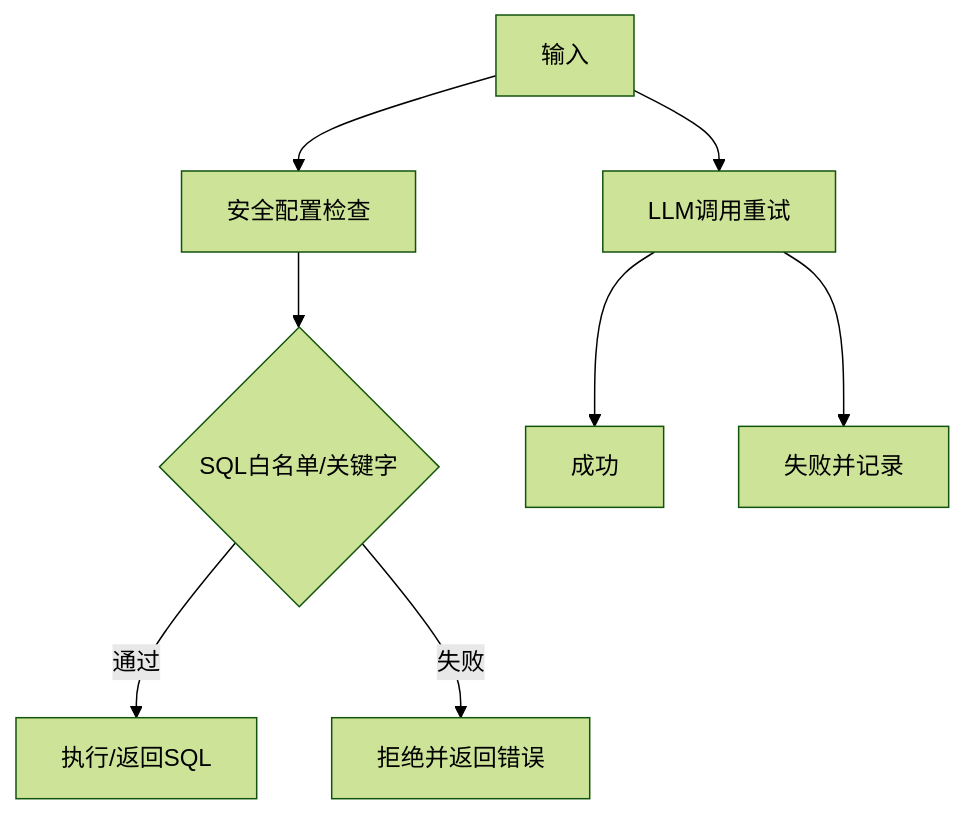
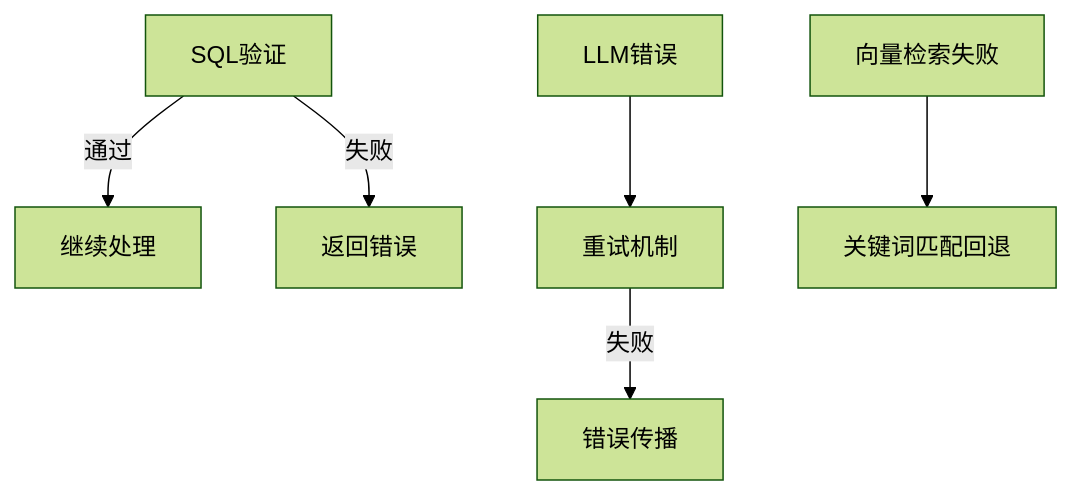
One commit to HanHuiOnLine/724-office changed the seventh of 8 diagrams in NL2SQL/.qoder/repowiki/zh/content/系统架构/数据流设计.md. Above: the diagram before and after it, drawn with Mermaid (forest theme). The commit also changed other lines of this file and 170 other files, not shown here.

````diff
--- a/NL2SQL/.qoder/repowiki/zh/content/系统架构/数据流设计.md
+++ b/NL2SQL/.qoder/repowiki/zh/content/系统架构/数据流设计.md
@@ -271,10 +306,8 @@
 ```mermaid
 flowchart TD
-Input["输入"] --> Validate["安全配置检查"]
-Validate --> SQLCheck{"SQL白名单/关键字"}
-SQLCheck --> |通过| Exec["执行/返回SQL"]
-SQLCheck --> |失败| Reject["拒绝并返回错误"]
-Input --> LLMRetry["LLM调用重试"]
-LLMRetry --> OK["成功"]
-LLMRetry --> Fail["失败并记录"]
+ValidateSQL["SQL验证"] --> |通过| Proceed["继续处理"]
+ValidateSQL --> |失败| ReturnError["返回错误"]
+LLMError["LLM错误"] --> Retry["重试机制"]
+Retry --> |失败| Propagate["错误传播"]
+VecFail["向量检索失败"] --> Fallback["关键词匹配回退"]
 ```
````
